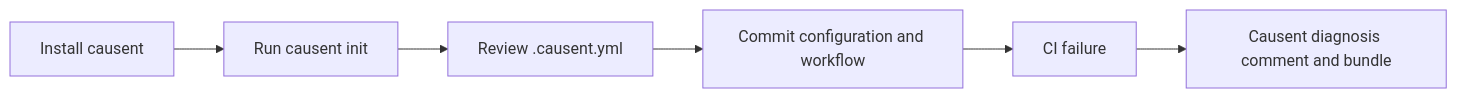
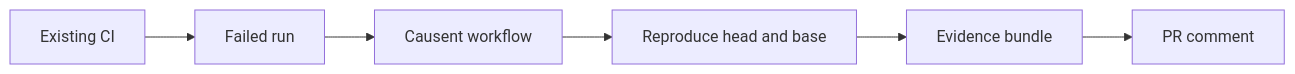
Before and after one commit to causent/causent: the diagram in README.md, drawn with Mermaid. The commit also changed other lines of this file, not shown here.

Commit message:
docs: rewrite Causent onboarding README

````diff
--- a/README.md
+++ b/README.md
@@ -93,8 +50,8 @@
 ```mermaid
 flowchart LR
-    A[Install causent] --> B[Run causent init]
-    B --> C[Review .causent.yml]
-    C --> D[Commit configuration and workflow]
-    D --> E[CI failure]
-    E --> F[Causent diagnosis comment and bundle]
+    C[Existing CI] --> F[Failed run]
+    F --> W[Causent workflow]
+    W --> R[Reproduce head and base]
+    R --> E[Evidence bundle]
+    E --> P[PR comment]
 ```
````
